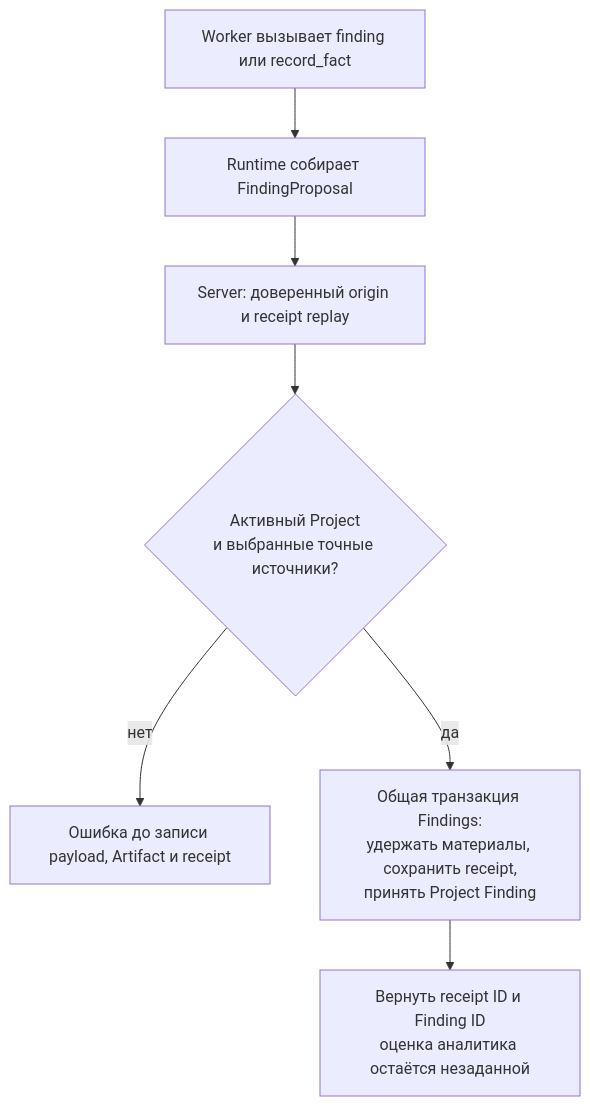
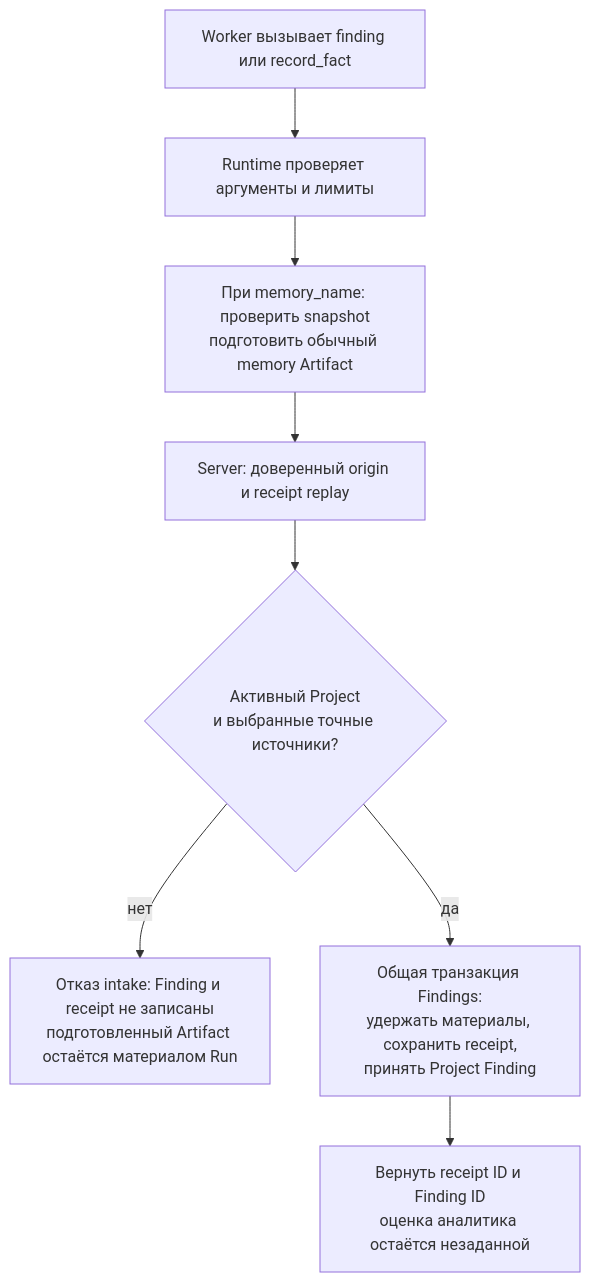
One commit to grauwolf32/contractor changed the first of 7 diagrams in docs/proposals/0055-project-facts-through-findings.md. Above: the diagram before and after it, drawn with Mermaid. The commit also changed other lines of this file and 15 other files, not shown here.

````diff
--- a/docs/proposals/0055-project-facts-through-findings.md
+++ b/docs/proposals/0055-project-facts-through-findings.md
@@ -77,9 +80,10 @@
 ```mermaid
 flowchart TD
-    W["Worker вызывает finding или record_fact"] --> R["Runtime собирает FindingProposal"]
-    R --> S["Server: доверенный origin и receipt replay"]
+    W["Worker вызывает finding или record_fact"] --> R["Runtime проверяет аргументы и лимиты"]
+    R --> M["При memory_name: проверить snapshot<br/>подготовить обычный memory Artifact"]
+    M --> S["Server: доверенный origin и receipt replay"]
     S --> V{"Активный Project<br/>и выбранные точные источники?"}
-    V -->|"нет"| E["Ошибка до записи payload, Artifact и receipt"]
+    V -->|"нет"| E["Отказ intake: Finding и receipt не записаны<br/>подготовленный Artifact остаётся материалом Run"]
     V -->|"да"| F["Общая транзакция Findings:<br/>удержать материалы, сохранить receipt,<br/>принять Project Finding"]
     F --> I["Вернуть receipt ID и Finding ID<br/>оценка аналитика остаётся незаданной"]
 ```
````
